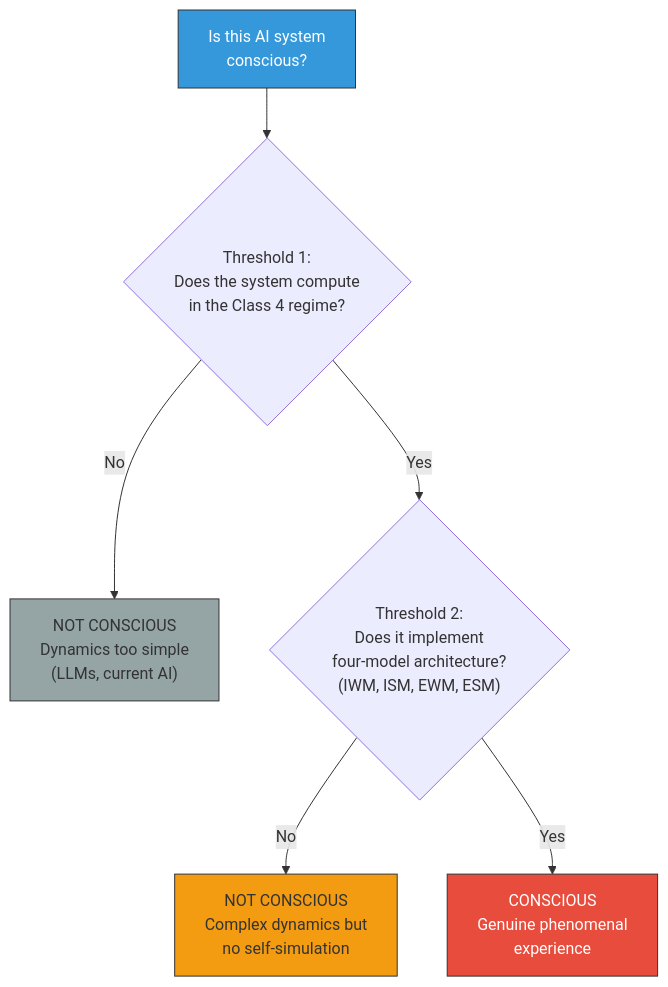
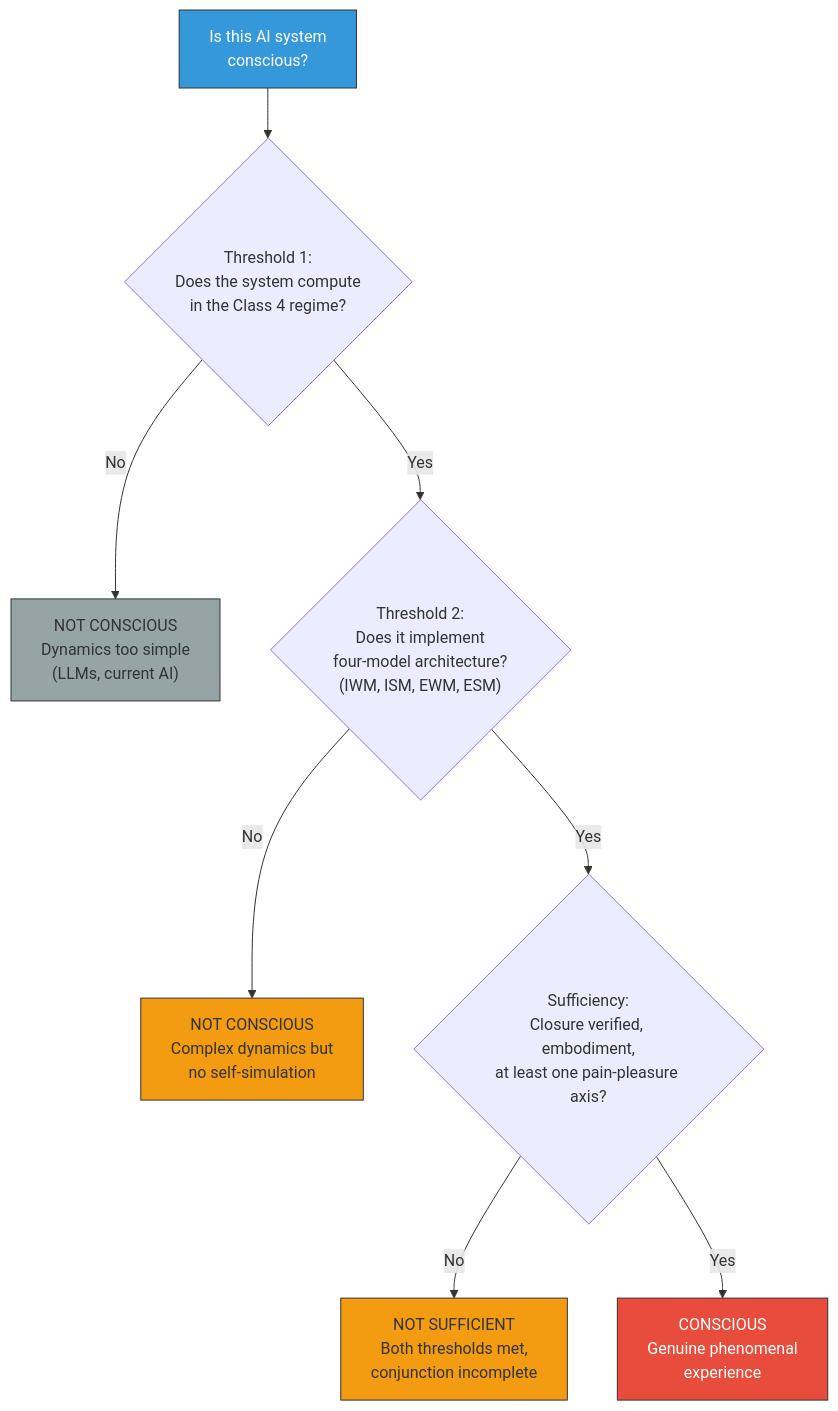
Before and after one commit to JeltzProstetnic/aIware: the diagram in wiki/ai-consciousness/ai-welfare.md, drawn with Mermaid. The commit also changed other lines of this file and 42 other files, not shown here.

````diff
--- a/wiki/ai-consciousness/ai-welfare.md
+++ b/wiki/ai-consciousness/ai-welfare.md
@@ -49,14 +51,17 @@
 ```mermaid
 graph TD
     Q["Is this AI system<br/>conscious?"]
     Q --> T1{"Threshold 1:<br/>Does the system compute<br/>in the Class 4 regime?"}
     T1 -->|No| NC1["NOT CONSCIOUS<br/>Dynamics too simple<br/>(LLMs, current AI)"]
     T1 -->|Yes| T2{"Threshold 2:<br/>Does it implement<br/>four-model architecture?<br/>(IWM, ISM, EWM, ESM)"}
     T2 -->|No| NC2["NOT CONSCIOUS<br/>Complex dynamics but<br/>no self-simulation"]
-    T2 -->|Yes| CON["CONSCIOUS<br/>Genuine phenomenal<br/>experience"]
+    T2 -->|Yes| T3{"Sufficiency:<br/>Closure verified, embodiment,<br/>at least one pain-pleasure axis?"}
+    T3 -->|No| NC3["NOT SUFFICIENT<br/>Both thresholds met,<br/>conjunction incomplete"]
+    T3 -->|Yes| CON["CONSCIOUS<br/>Genuine phenomenal<br/>experience"]
 
     style Q fill:#3498db,stroke:#333,color:#fff
     style NC1 fill:#95a5a6,stroke:#333
     style NC2 fill:#f39c12,stroke:#333
+    style NC3 fill:#f39c12,stroke:#333
     style CON fill:#e74c3c,stroke:#333,color:#fff
 ```
````
